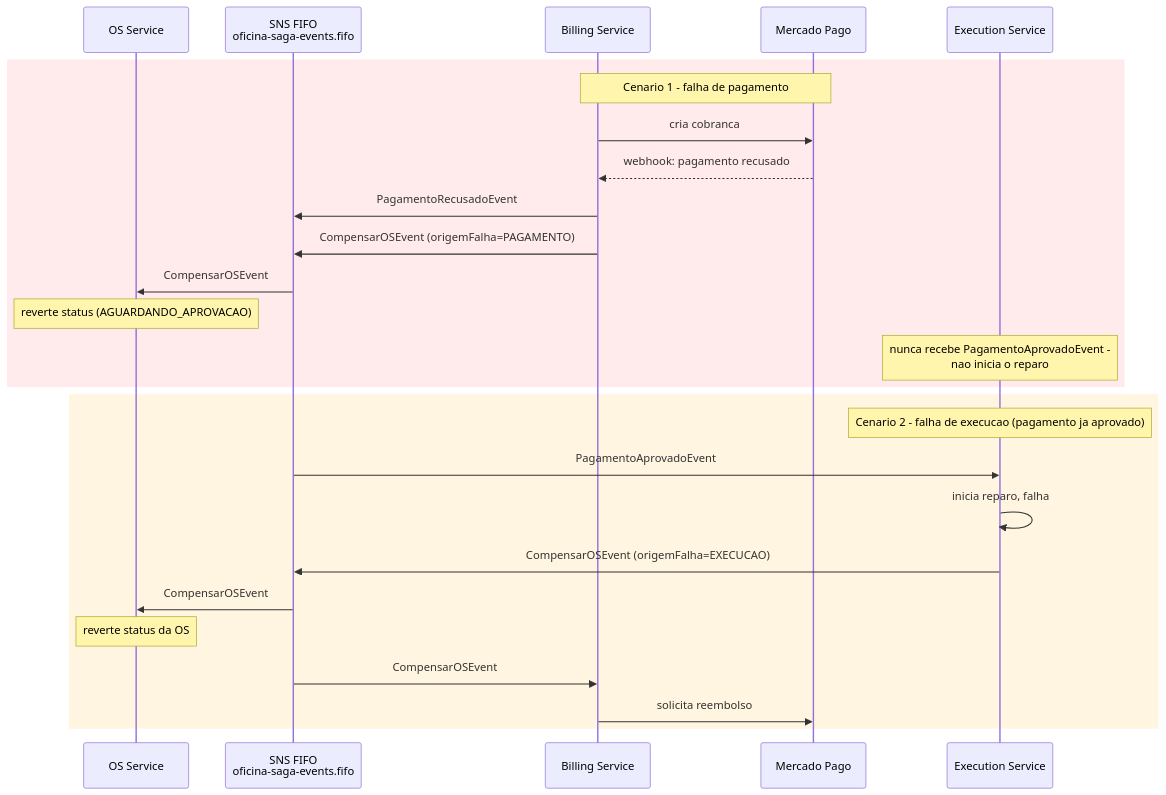
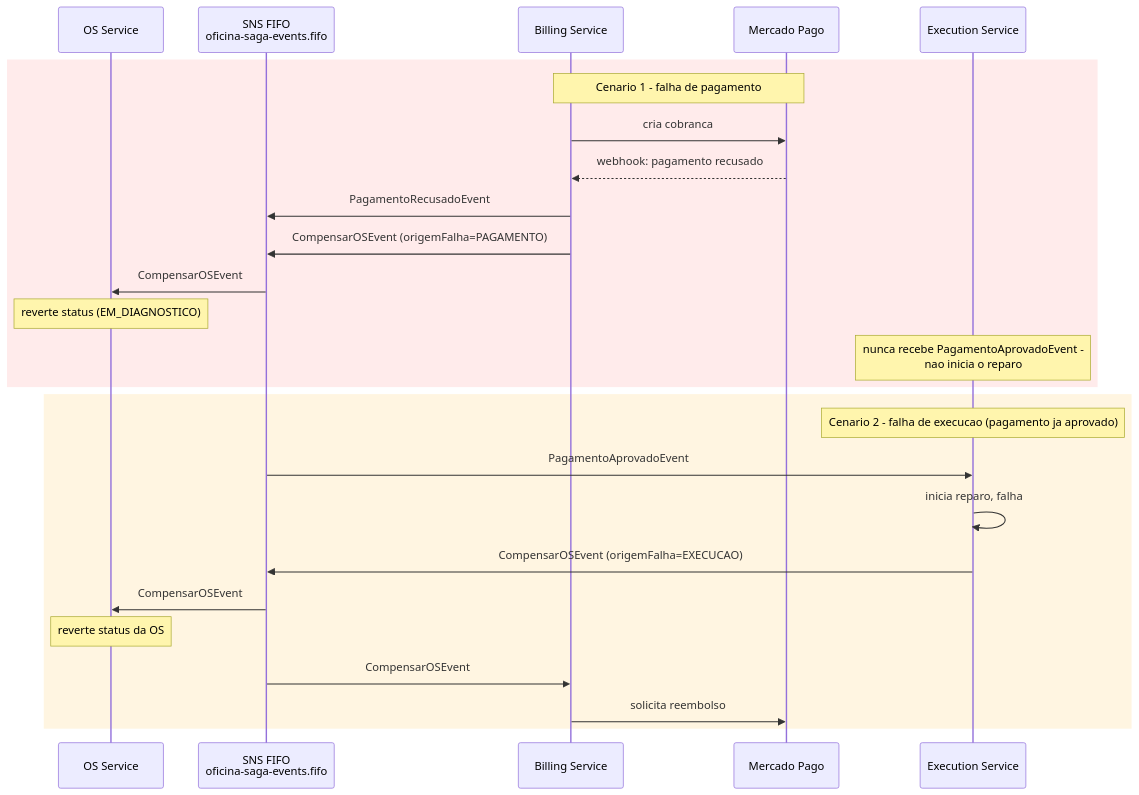
Before and after one commit to marcosrenansilvafaria-afk/oficina-app: the second of 2 diagrams in docs/SAGA_PATTERN_SPEC.md, drawn with Mermaid. The commit also changed other lines of this file and 12 other files, not shown here.

````diff
--- a/docs/SAGA_PATTERN_SPEC.md
+++ b/docs/SAGA_PATTERN_SPEC.md
@@ -101,30 +101,30 @@
 ```mermaid
 sequenceDiagram
     participant OS as OS Service
     participant Topic as SNS FIFO<br/>oficina-saga-events.fifo
     participant Billing as Billing Service
     participant MP as Mercado Pago
     participant Execution as Execution Service
 
     rect rgb(255, 235, 235)
     Note over Billing,MP: Cenario 1 - falha de pagamento
     Billing->>MP: cria cobranca
     MP-->>Billing: webhook: pagamento recusado
     Billing->>Topic: PagamentoRecusadoEvent
     Billing->>Topic: CompensarOSEvent (origemFalha=PAGAMENTO)
     Topic->>OS: CompensarOSEvent
-    Note over OS: reverte status (AGUARDANDO_APROVACAO)
+    Note over OS: reverte status (EM_DIAGNOSTICO)
     Note over Execution: nunca recebe PagamentoAprovadoEvent -<br/>nao inicia o reparo
     end
 
     rect rgb(255, 245, 225)
     Note over Execution: Cenario 2 - falha de execucao (pagamento ja aprovado)
     Topic->>Execution: PagamentoAprovadoEvent
     Execution->>Execution: inicia reparo, falha
     Execution->>Topic: CompensarOSEvent (origemFalha=EXECUCAO)
     Topic->>OS: CompensarOSEvent
     Note over OS: reverte status da OS
     Topic->>Billing: CompensarOSEvent
     Billing->>MP: solicita reembolso
     end
 ```
````
